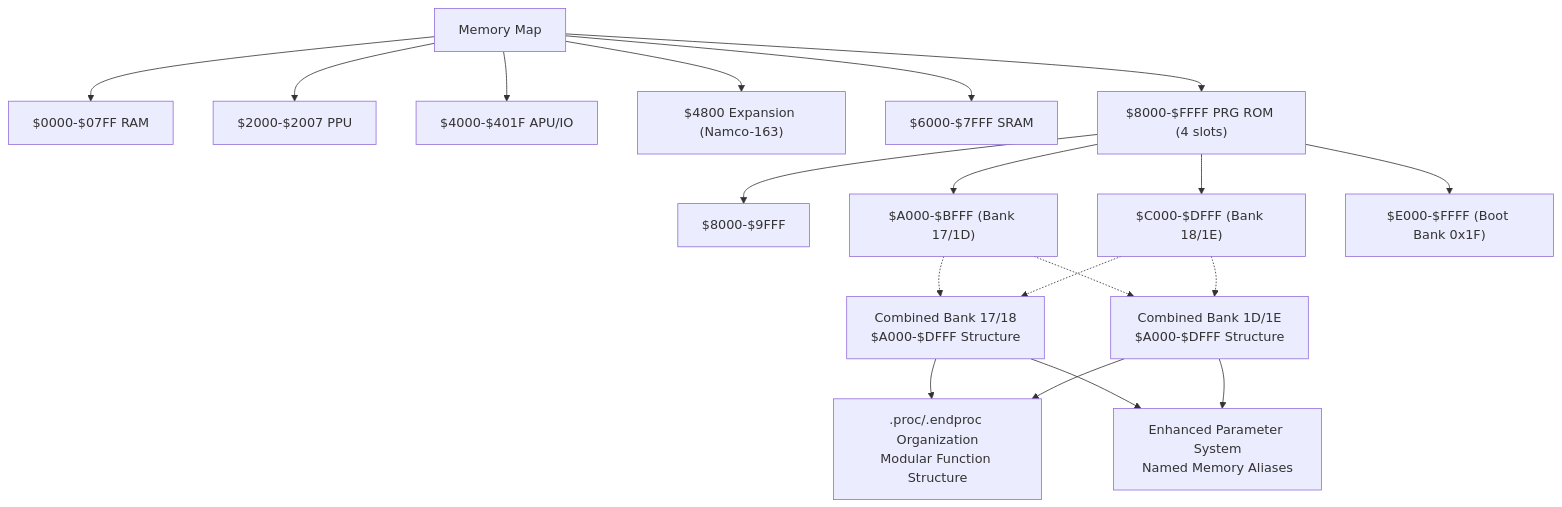
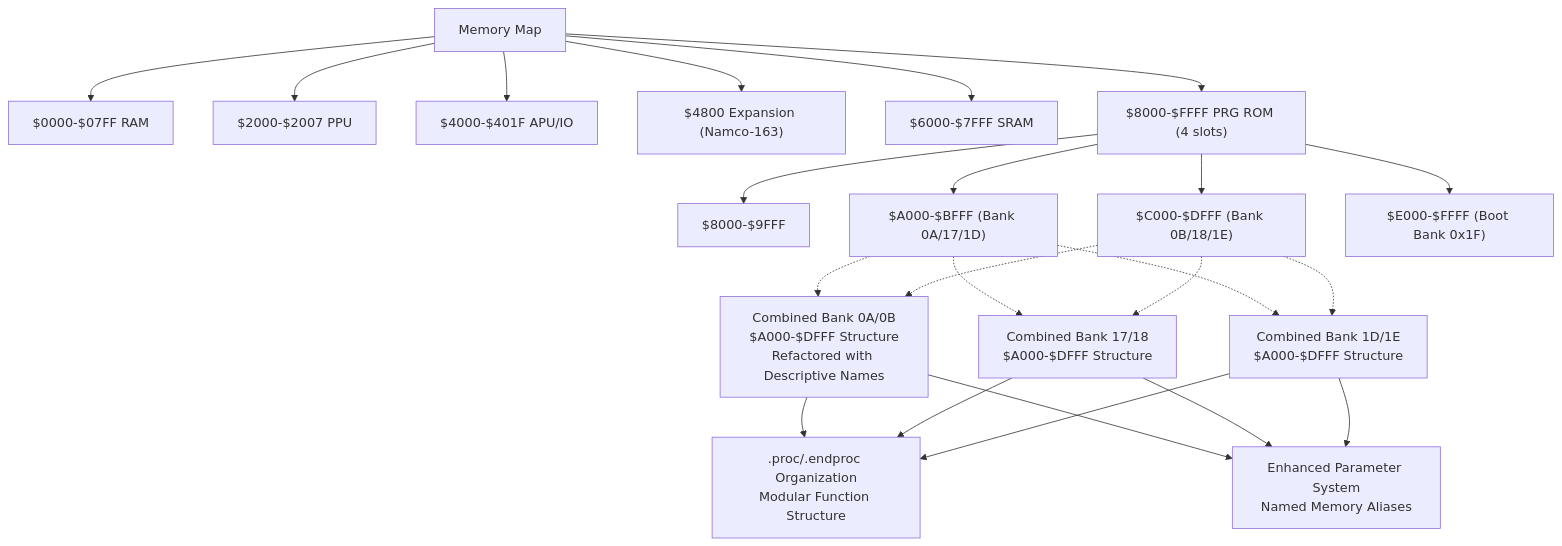
Before and after one commit to rabbyzero/sango2dasm: the third of 15 diagrams in .qoder/repowiki/en/content/Assembly Architecture/Assembly Architecture.md, drawn with Mermaid. The commit also changed other lines of this file and 18 other files, not shown here.

Commit message:
Found AI action proc in prg bank $0a $0b. analysis WIP.

````diff
--- a/.qoder/repowiki/en/content/Assembly Architecture/Assembly Architecture.md
+++ b/.qoder/repowiki/en/content/Assembly Architecture/Assembly Architecture.md
@@ -241,25 +292,30 @@
 ```mermaid
 flowchart TD
 MEM["Memory Map"] --> RAM["$0000-$07FF RAM"]
 MEM --> PPUREG["$2000-$2007 PPU"]
 MEM --> IOREG["$4000-$401F APU/IO"]
 MEM --> EXPROM["$4800 Expansion (Namco-163)"]
 MEM --> SRAM["$6000-$7FFF SRAM"]
 MEM --> PRG["$8000-$FFFF PRG ROM (4 slots)"]
 PRG --> SLOT0["$8000-$9FFF"]
-PRG --> SLOT1["$A000-$BFFF (Bank 17/1D)"]
-PRG --> SLOT2["$C000-$DFFF (Bank 18/1E)"]
+PRG --> SLOT1["$A000-$BFFF (Bank 0A/17/1D)"]
+PRG --> SLOT2["$C000-$DFFF (Bank 0B/18/1E)"]
 PRG --> SLOT3["$E000-$FFFF (Boot Bank 0x1F)"]
+COMBINED0A_0B["Combined Bank 0A/0B<br/>$A000-$DFFF Structure<br/>Refactored with Descriptive Names"]
 COMBINED17_18["Combined Bank 17/18<br/>$A000-$DFFF Structure"]
 COMBINED1D_1E["Combined Bank 1D/1E<br/>$A000-$DFFF Structure"]
+SLOT1 -.-> COMBINED0A_0B
 SLOT1 -.-> COMBINED17_18
 SLOT1 -.-> COMBINED1D_1E
+SLOT2 -.-> COMBINED0A_0B
 SLOT2 -.-> COMBINED17_18
 SLOT2 -.-> COMBINED1D_1E
 PROC[".proc/.endproc Organization<br/>Modular Function Structure"]
 PARAMSYS["Enhanced Parameter System<br/>Named Memory Aliases"]
+COMBINED0A_0B --> PROC
+COMBINED0A_0B --> PARAMSYS
 COMBINED17_18 --> PROC
 COMBINED17_18 --> PARAMSYS
 COMBINED1D_1E --> PROC
 COMBINED1D_1E --> PARAMSYS
 ```
````
